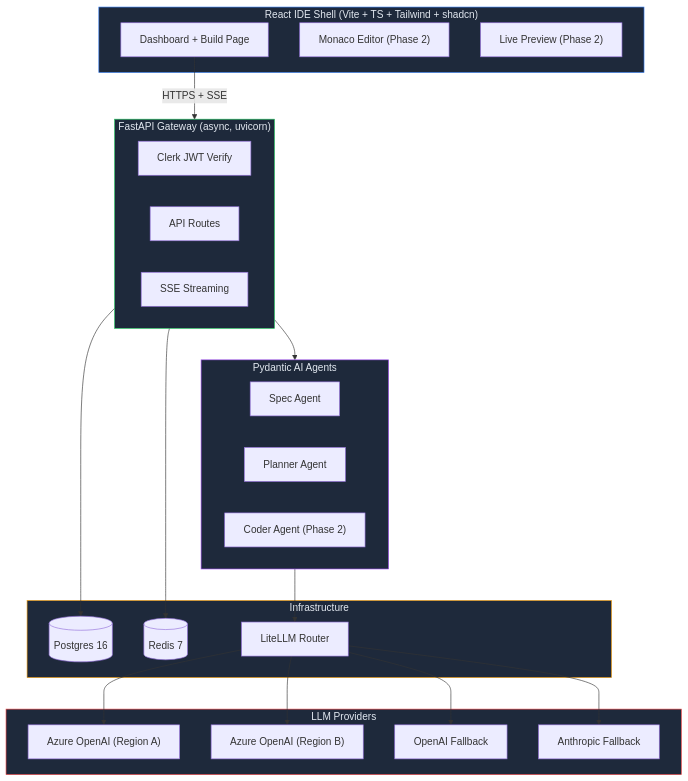
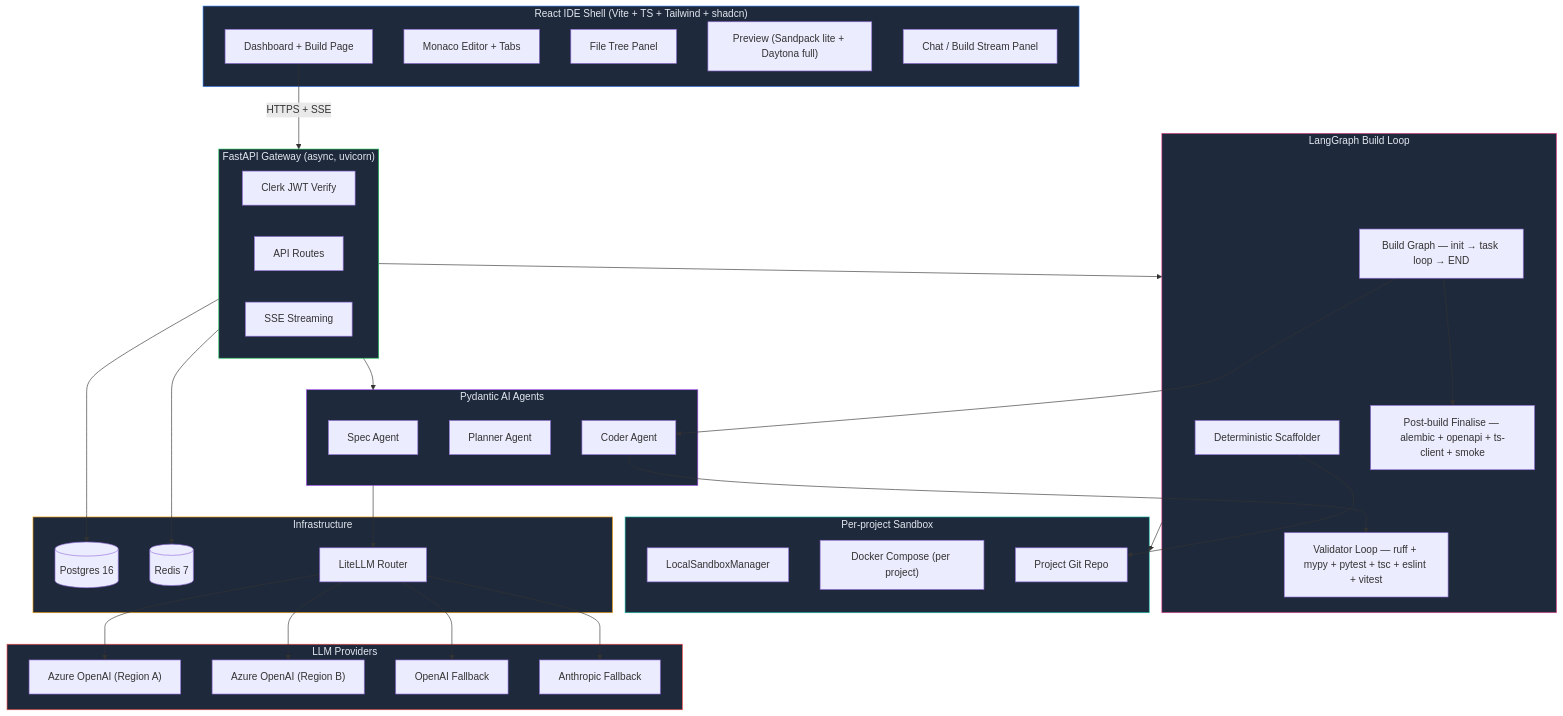
One commit to mazzyy/Alloy changed the first of 5 diagrams in README.md. Above: the diagram before and after it, drawn with Mermaid. The commit also changed other lines of this file, not shown here.

Commit message:
docs: update architecture documentation to include build loop, sandbox lifecycle, and agent system details

````diff
--- a/README.md
+++ b/README.md
@@ -43,49 +43,72 @@
 ```mermaid
 graph TB
     subgraph Frontend["React IDE Shell (Vite + TS + Tailwind + shadcn)"]
         UI[Dashboard + Build Page]
-        Monaco["Monaco Editor (Phase 2)"]
-        Preview["Live Preview (Phase 2)"]
+        Monaco[Monaco Editor + Tabs]
+        FileTree[File Tree Panel]
+        Preview["Preview (Sandpack lite + Daytona full)"]
+        Chat[Chat / Build Stream Panel]
     end
 
     subgraph Gateway["FastAPI Gateway (async, uvicorn)"]
         Auth[Clerk JWT Verify]
         Routes[API Routes]
         SSE[SSE Streaming]
     end
 
     subgraph Agents["Pydantic AI Agents"]
         SpecAgent[Spec Agent]
         PlannerAgent[Planner Agent]
-        CoderAgent["Coder Agent (Phase 2)"]
+        CoderAgent[Coder Agent]
+    end
+
+    subgraph BuildLoop["LangGraph Build Loop"]
+        Scaffolder[Deterministic Scaffolder]
+        Graph[Build Graph — init → task loop → END]
+        Validators[Validator Loop — ruff + mypy + pytest + tsc + eslint + vitest]
+        Finalise[Post-build Finalise — alembic + openapi + ts-client + smoke]
+    end
+
+    subgraph Sandbox["Per-project Sandbox"]
+        SbxMgr[LocalSandboxManager]
+        Compose["Docker Compose (per project)"]
+        GitRepo[Project Git Repo]
     end
 
     subgraph Infra["Infrastructure"]
         PG[(Postgres 16)]
         Redis[(Redis 7)]
         LiteLLM[LiteLLM Router]
     end
 
     subgraph LLMProviders["LLM Providers"]
         AzureA["Azure OpenAI (Region A)"]
         AzureB["Azure OpenAI (Region B)"]
         OpenAI["OpenAI Fallback"]
         Claude["Anthropic Fallback"]
     end
 
     UI -->|HTTPS + SSE| Gateway
     Gateway --> Agents
+    Gateway --> BuildLoop
     Agents --> LiteLLM
+    CoderAgent --> Validators
+    BuildLoop --> Sandbox
+    Scaffolder --> GitRepo
+    Graph --> CoderAgent
+    Graph --> Finalise
     LiteLLM --> AzureA
     LiteLLM --> AzureB
     LiteLLM --> OpenAI
     LiteLLM --> Claude
     Gateway --> PG
     Gateway --> Redis
 
     style Frontend fill:#1e293b,stroke:#3b82f6,color:#e2e8f0
     style Gateway fill:#1e293b,stroke:#22c55e,color:#e2e8f0
     style Agents fill:#1e293b,stroke:#a855f7,color:#e2e8f0
+    style BuildLoop fill:#1e293b,stroke:#ec4899,color:#e2e8f0
+    style Sandbox fill:#1e293b,stroke:#14b8a6,color:#e2e8f0
     style Infra fill:#1e293b,stroke:#f59e0b,color:#e2e8f0
     style LLMProviders fill:#1e293b,stroke:#ef4444,color:#e2e8f0
 ```
````
